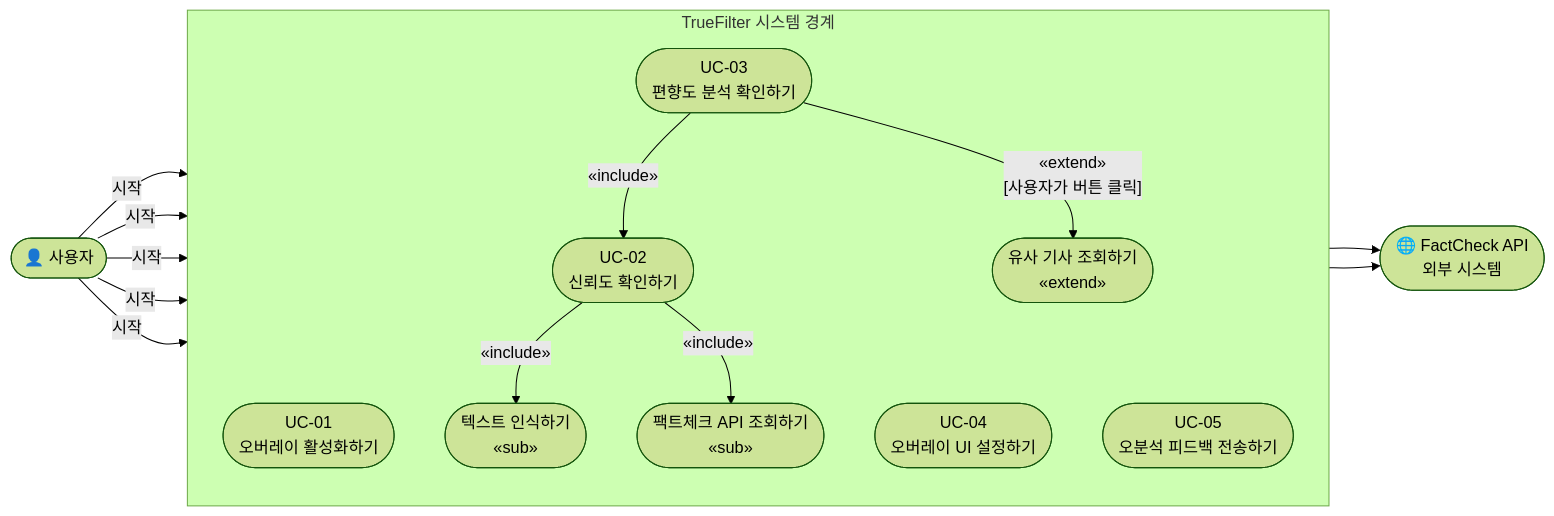
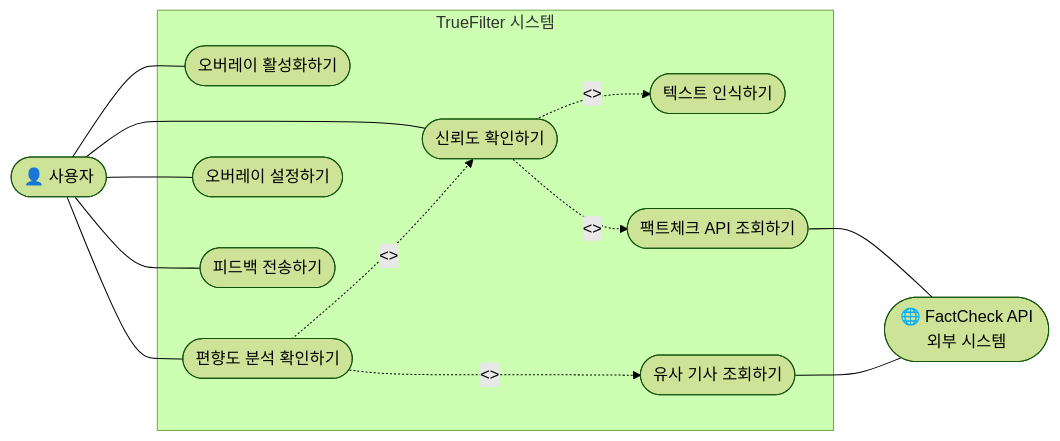
The diagram in docs/test.md (raysheny0630/sw-c-team), drawn with Mermaid (forest theme) before and after one commit. The commit also changed other lines of this file, not shown here.

````diff
--- a/docs/test.md
+++ b/docs/test.md
@@ -35,33 +23,30 @@
 ```mermaid
 flowchart LR
     User(["👤 사용자"])
-    ExtAPI(["🌐 FactCheck API\n외부 시스템"])
+    Ext(["🌐 FactCheck API\n외부 시스템"])
 
-    subgraph SYS ["TrueFilter 시스템 경계"]
-        direction TB
-
-        UC01(["UC-01\n오버레이 활성화하기"])
-        UC02(["UC-02\n신뢰도 확인하기"])
-        UC03(["UC-03\n편향도 분석 확인하기"])
-        UC04(["UC-04\n오버레이 UI 설정하기"])
-        UC05(["UC-05\n오분석 피드백 전송하기"])
-
-        UCsub1(["텍스트 인식하기\n«sub»"])
-        UCsub2(["팩트체크 API 조회하기\n«sub»"])
-        UCsub3(["유사 기사 조회하기\n«extend»"])
+    subgraph SYS ["TrueFilter 시스템"]
+        UC01(["오버레이 활성화하기"])
+        UC02(["신뢰도 확인하기"])
+        UC03(["편향도 분석 확인하기"])
+        UC04(["오버레이 설정하기"])
+        UC05(["피드백 전송하기"])
+        UCS1(["텍스트 인식하기"])
+        UCS2(["팩트체크 API 조회하기"])
+        UCS3(["유사 기사 조회하기"])
     end
 
-    User -->|시작| UC01
-    User -->|시작| UC02
-    User -->|시작| UC03
-    User -->|시작| UC04
-    User -->|시작| UC05
+    User --- UC01
+    User --- UC02
+    User --- UC03
+    User --- UC04
+    User --- UC05
 
-    UC02 -- "«include»" --> UCsub1
-    UC02 -- "«include»" --> UCsub2
-    UC03 -- "«include»" --> UC02
-    UC03 -- "«extend»\n[사용자가 버튼 클릭]" --> UCsub3
+    UC02 -.->|"<<include>>"| UCS1
+    UC02 -.->|"<<include>>"| UCS2
+    UC03 -.->|"<<include>>"| UC02
+    UC03 -.->|"<<extend>>"| UCS3
 
-    UCsub2 --> ExtAPI
-    UCsub3 --> ExtAPI
+    UCS2 --- Ext
+    UCS3 --- Ext
 ```
````
